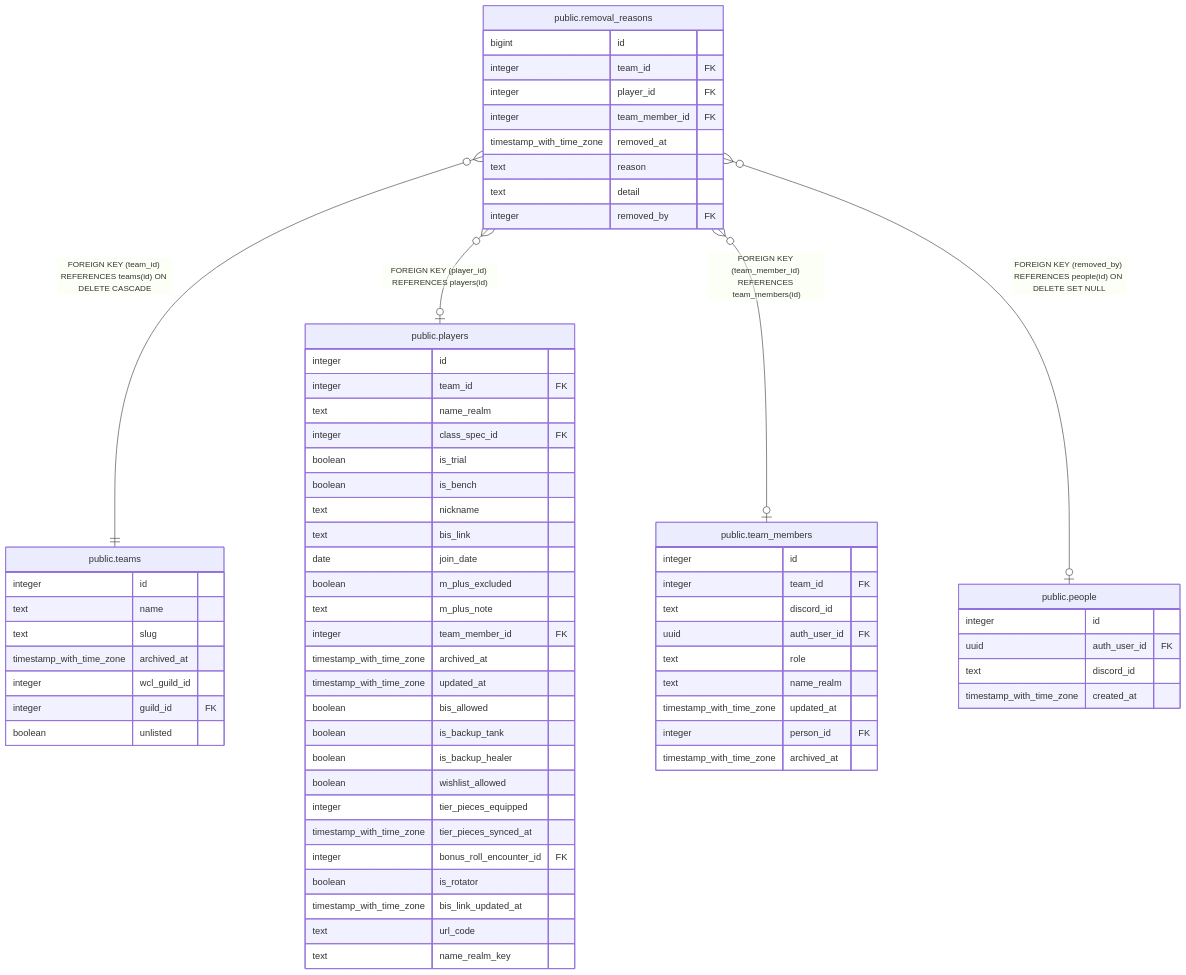
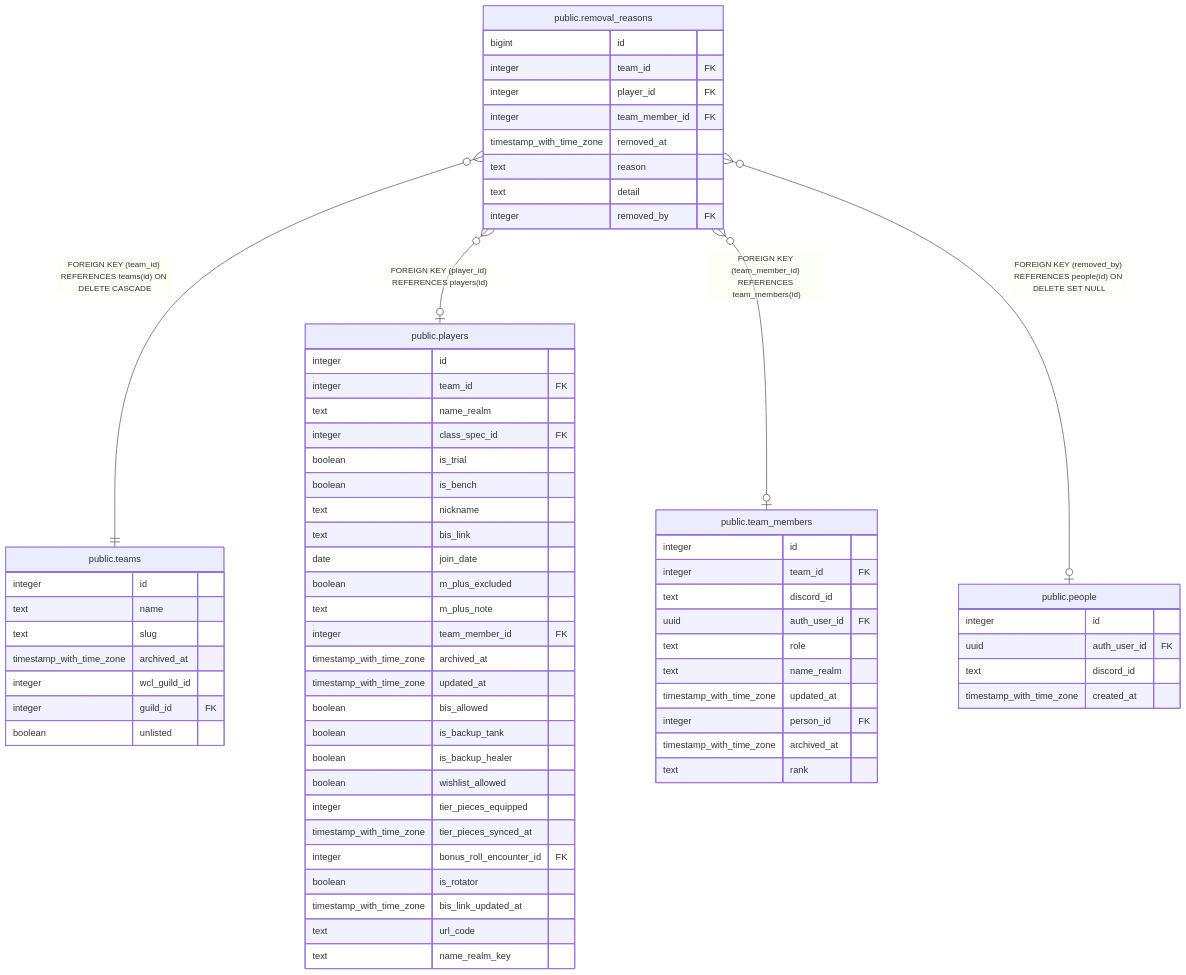
The diagram in dbdoc/public.removal_reasons.md (katogaming88/WGA-Raid-Hub), drawn with Mermaid before and after one commit. The commit also changed 39 other files, not shown here.

````diff
--- a/dbdoc/public.removal_reasons.md
+++ b/dbdoc/public.removal_reasons.md
@@ -51,72 +51,73 @@
 ```mermaid
 erDiagram
 
 "public.removal_reasons" }o--|| "public.teams" : "FOREIGN KEY (team_id) REFERENCES teams(id) ON DELETE CASCADE"
 "public.removal_reasons" }o--o| "public.players" : "FOREIGN KEY (player_id) REFERENCES players(id)"
 "public.removal_reasons" }o--o| "public.team_members" : "FOREIGN KEY (team_member_id) REFERENCES team_members(id)"
 "public.removal_reasons" }o--o| "public.people" : "FOREIGN KEY (removed_by) REFERENCES people(id) ON DELETE SET NULL"
 
 "public.removal_reasons" {
   bigint id
   integer team_id FK
   integer player_id FK
   integer team_member_id FK
   timestamp_with_time_zone removed_at
   text reason
   text detail
   integer removed_by FK
 }
 "public.teams" {
   integer id
   text name
   text slug
   timestamp_with_time_zone archived_at
   integer wcl_guild_id
   integer guild_id FK
   boolean unlisted
 }
 "public.players" {
   integer id
   integer team_id FK
   text name_realm
   integer class_spec_id FK
   boolean is_trial
   boolean is_bench
   text nickname
   text bis_link
   date join_date
   boolean m_plus_excluded
   text m_plus_note
   integer team_member_id FK
   timestamp_with_time_zone archived_at
   timestamp_with_time_zone updated_at
   boolean bis_allowed
   boolean is_backup_tank
   boolean is_backup_healer
   boolean wishlist_allowed
   integer tier_pieces_equipped
   timestamp_with_time_zone tier_pieces_synced_at
   integer bonus_roll_encounter_id FK
   boolean is_rotator
   timestamp_with_time_zone bis_link_updated_at
   text url_code
   text name_realm_key
 }
 "public.team_members" {
   integer id
   integer team_id FK
   text discord_id
   uuid auth_user_id FK
   text role
   text name_realm
   timestamp_with_time_zone updated_at
   integer person_id FK
   timestamp_with_time_zone archived_at
+  text rank
 }
 "public.people" {
   integer id
   uuid auth_user_id FK
   text discord_id
   timestamp_with_time_zone created_at
 }
 ```
````
